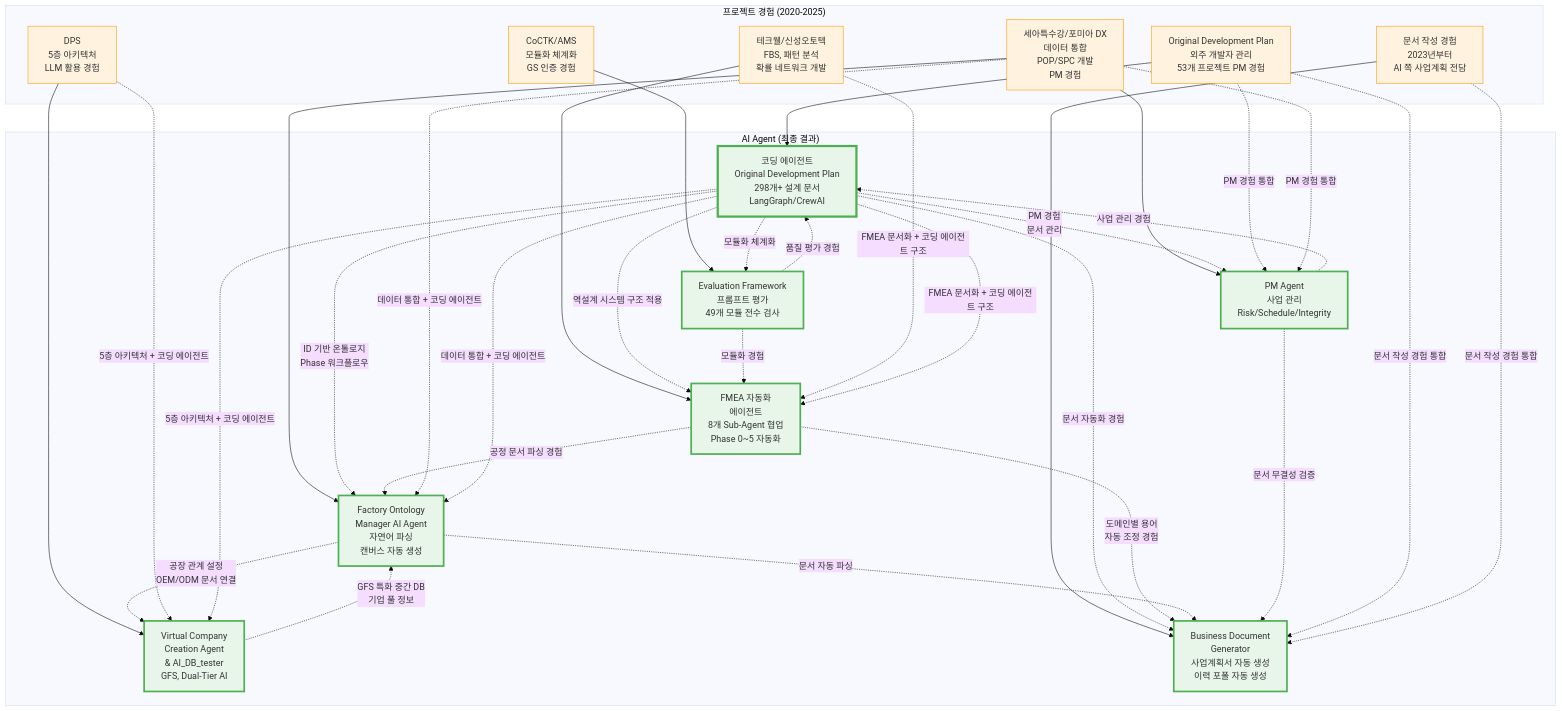
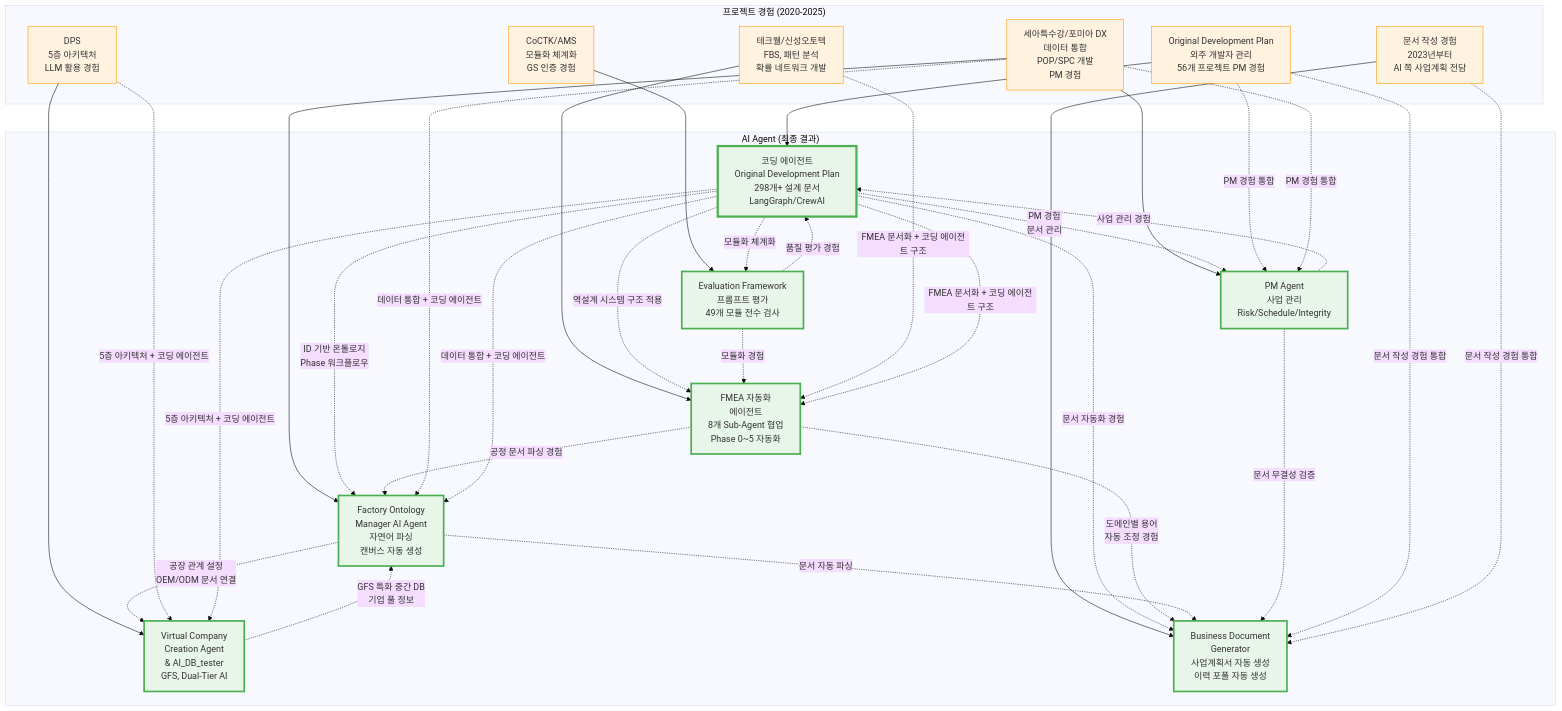
Before and after one commit to moobaek/Testing_AI_agents_for_public_use: the third of 16 diagrams in portfolio/portfolio_docs/02_Projects_Overview.md, drawn with Mermaid (base theme). The commit also changed other lines of this file and 19 other files, not shown here.

````diff
--- a/portfolio/portfolio_docs/02_Projects_Overview.md
+++ b/portfolio/portfolio_docs/02_Projects_Overview.md
@@ -194,77 +194,77 @@
 ```mermaid
 graph TB
     subgraph "프로젝트 경험 (2020-2025)"
-        Proj1["Original Development Plan<br/>외주 개발자 관리<br/>53개 프로젝트 PM 경험"]
+        Proj1["Original Development Plan<br/>외주 개발자 관리<br/>56개 프로젝트 PM 경험"]
         Proj2["테크웰/신성오토텍<br/>FBS, 패턴 분석<br/>확률 네트워크 개발"]
         Proj3["세아특수강/포미아 DX<br/>데이터 통합<br/>POP/SPC 개발<br/>PM 경험"]
         Proj4["DPS<br/>5층 아키텍처<br/>LLM 활용 경험"]
         Proj5["문서 작성 경험<br/>2023년부터<br/>AI 쪽 사업계획 전담"]
         Proj6["CoCTK/AMS<br/>모듈화 체계화<br/>GS 인증 경험"]
     end
     
     subgraph "AI Agent (최종 결과)"
         Agent1["코딩 에이전트<br/>Original Development Plan<br/>298개+ 설계 문서<br/>LangGraph/CrewAI"]
         Agent2["FMEA 자동화<br/>에이전트<br/>8개 Sub-Agent 협업<br/>Phase 0~5 자동화"]
         Agent3["Factory Ontology<br/>Manager AI Agent<br/>자연어 파싱<br/>캔버스 자동 생성"]
         Agent4["Virtual Company<br/>Creation Agent<br/>& AI_DB_tester<br/>GFS, Dual-Tier AI"]
         Agent5["Business Document<br/>Generator<br/>사업계획서 자동 생성<br/>이력 포폴 자동 생성"]
         Agent6["PM Agent<br/>사업 관리<br/>Risk/Schedule/Integrity"]
         Agent7["Evaluation Framework<br/>프롬프트 평가<br/>49개 모듈 전수 검사"]
     end
     
     %% 프로젝트 → AI Agent 직접 영향
     Proj1 --> Agent1
     Proj2 --> Agent2
     Proj3 --> Agent3
     Proj3 --> Agent6
     Proj4 --> Agent4
     Proj5 --> Agent5
     Proj6 --> Agent7
     
     %% 코딩 에이전트가 다른 AI Agent들에 영향 (핵심 기초)
     Agent1 -.->|"역설계 시스템 구조 적용"| Agent2
     Agent1 -.->|"ID 기반 온톨로지<br/>Phase 워크플로우"| Agent3
     Agent1 -.->|"PM 경험<br/>문서 관리"| Agent6
     Agent1 -.->|"문서 자동화 경험"| Agent5
     Agent1 -.->|"모듈화 체계화"| Agent7
     
     %% FMEA 자동화가 다른 Agent에 영향
     Agent2 -.->|"도메인별 용어<br/>자동 조정 경험"| Agent5
     Agent2 -.->|"공정 문서 파싱 경험"| Agent3
     
     %% Factory Ontology Manager가 다른 Agent에 영향
     Agent3 -.->|"공장 관계 설정<br/>OEM/ODM 문서 연결"| Agent4
     Agent3 -.->|"문서 자동 파싱"| Agent5
     
     %% Virtual Company Creation Agent가 다른 Agent에 영향
     Agent4 -.->|"GFS 특화 중간 DB<br/>기업 풀 정보"| Agent3
     
     %% PM Agent가 다른 Agent에 영향
     Agent6 -.->|"문서 무결성 검증"| Agent5
     Agent6 -.->|"사업 관리 경험"| Agent1
     
     %% Evaluation Framework가 다른 Agent에 영향
     Agent7 -.->|"품질 평가 경험"| Agent1
     Agent7 -.->|"모듈화 경험"| Agent2
     
     %% 여러 프로젝트가 하나의 Agent에 복합 영향
     Proj1 & Proj3 -.->|"PM 경험 통합"| Agent6
     Proj1 & Proj5 -.->|"문서 작성 경험 통합"| Agent5
     Proj2 & Agent1 -.->|"FMEA 문서화 + 코딩 에이전트 구조"| Agent2
     Proj3 & Agent1 -.->|"데이터 통합 + 코딩 에이전트"| Agent3
     Proj4 & Agent1 -.->|"5층 아키텍처 + 코딩 에이전트"| Agent4
     
     style Proj1 fill:#fff3e0,stroke:#ff9800
     style Proj2 fill:#fff3e0,stroke:#ff9800
     style Proj3 fill:#fff3e0,stroke:#ff9800
     style Proj4 fill:#fff3e0,stroke:#ff9800
     style Proj5 fill:#fff3e0,stroke:#ff9800
     style Proj6 fill:#fff3e0,stroke:#ff9800
     style Agent1 fill:#e8f5e9,stroke:#4caf50,stroke-width:4px
     style Agent2 fill:#e8f5e9,stroke:#4caf50,stroke-width:3px
     style Agent3 fill:#e8f5e9,stroke:#4caf50,stroke-width:3px
     style Agent4 fill:#e8f5e9,stroke:#4caf50,stroke-width:3px
     style Agent5 fill:#e8f5e9,stroke:#4caf50,stroke-width:3px
     style Agent6 fill:#e8f5e9,stroke:#4caf50,stroke-width:3px
     style Agent7 fill:#e8f5e9,stroke:#4caf50,stroke-width:3px
 ```
````
